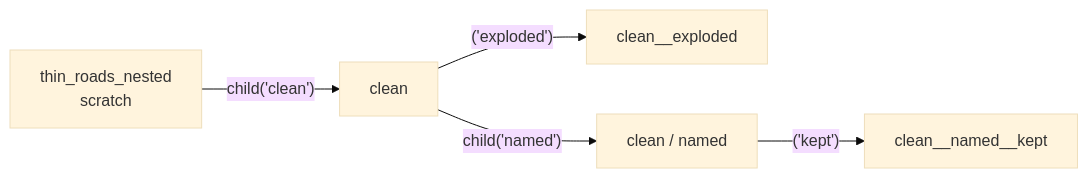
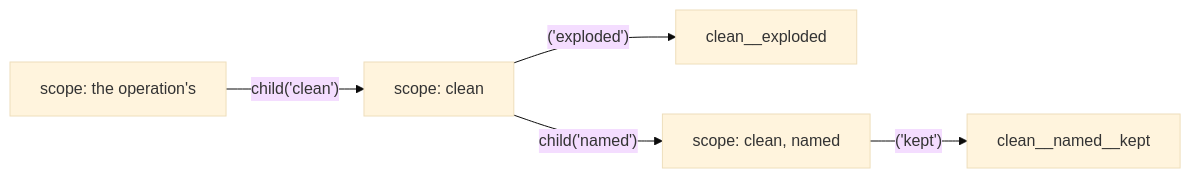
One commit to kartverket/automatisk-generalisering changed the first of 4 diagrams in docs/user_guide/scratch.md. Above: the diagram before and after it, drawn with Mermaid (base theme). The commit also changed other lines of this file and 3 other files, not shown here.

Commit message:
Scratch guide: scope nodes named as scopes and break-once

````diff
--- a/docs/user_guide/scratch.md
+++ b/docs/user_guide/scratch.md
@@ -32,7 +32,7 @@
 ```mermaid
 flowchart LR
-    op["thin_roads_nested<br/>scratch"] -->|"child('clean')"| clean["clean"]
+    op["scope: the operation's"] -->|"child('clean')"| clean["scope: clean"]
     clean -->|"('exploded')"| exploded["clean__exploded"]
-    clean -->|"child('named')"| named["clean / named"]
+    clean -->|"child('named')"| named["scope: clean, named"]
     named -->|"('kept')"| kept["clean__named__kept"]
 ```
````
